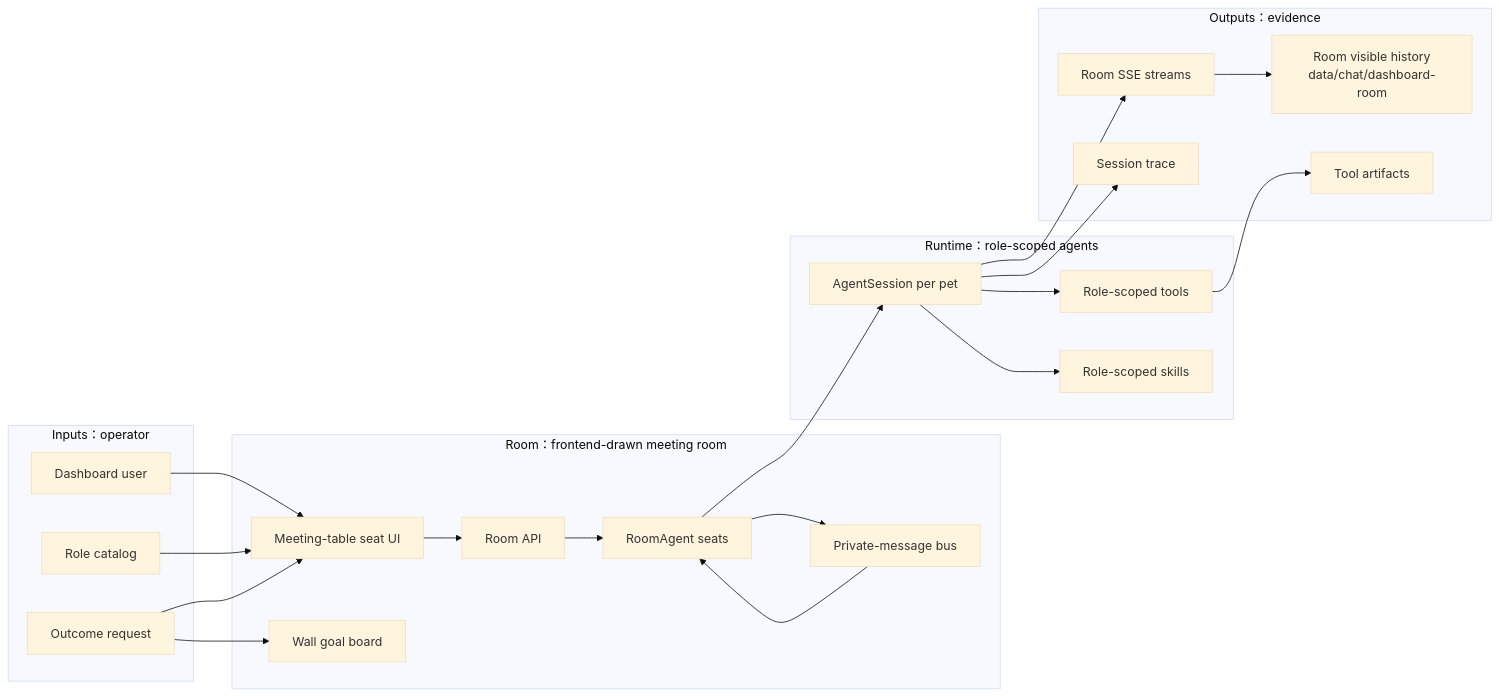
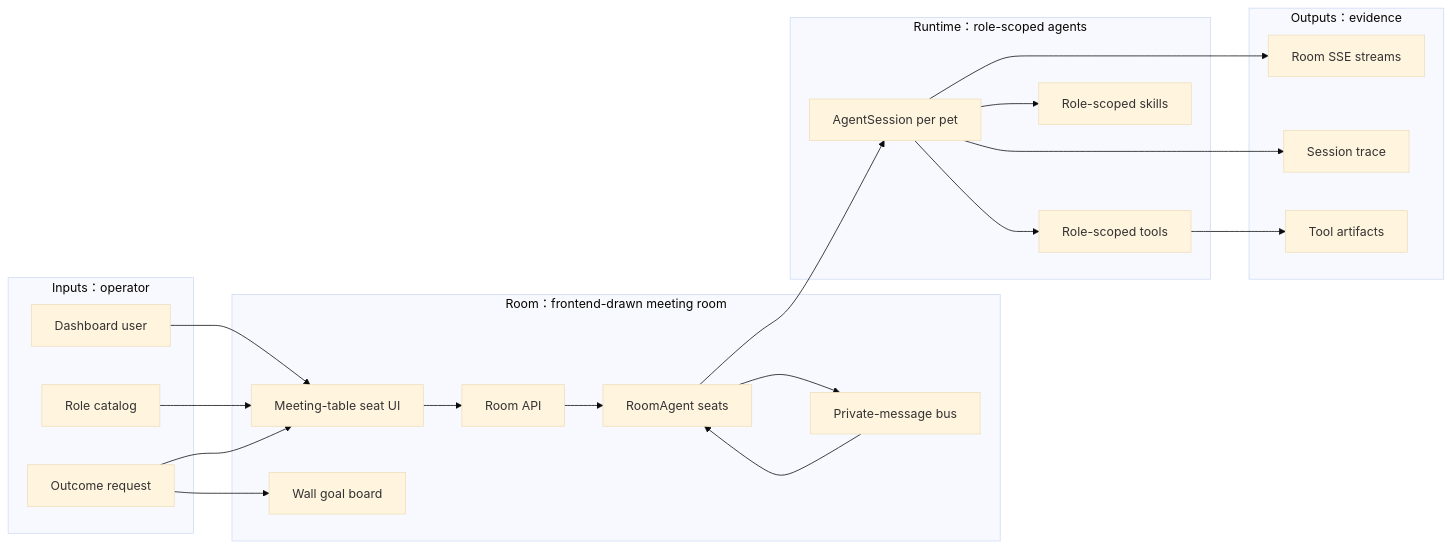
The first of 2 diagrams in dashboard/SPEC.md (fightheyyy/XiaoBa-CLI), drawn with Mermaid (base theme) before and after one commit. The commit also changed other lines of this file and 271 other files, not shown here.

````diff
--- a/dashboard/SPEC.md
+++ b/dashboard/SPEC.md
@@ -29,45 +29,43 @@
 ```mermaid
 flowchart LR
     subgraph Inputs["Inputs：operator"]
         Human["Dashboard user"]
         Roles["Role catalog"]
         Mission["Outcome request"]
     end
 
     subgraph Room["Room：frontend-drawn meeting room"]
         UI["Meeting-table seat UI"]
         GoalBoard["Wall goal board"]
         API["Room API"]
         Seats["RoomAgent seats"]
         PM["Private-message bus"]
     end
 
     subgraph Runtime["Runtime：role-scoped agents"]
         Sessions["AgentSession per pet"]
         Tools["Role-scoped tools"]
         Skills["Role-scoped skills"]
     end
 
     subgraph Outputs["Outputs：evidence"]
         SSE["Room SSE streams"]
-        VisibleHistory["Room visible history<br/>data/chat/dashboard-room"]
         Trace["Session trace"]
         Artifacts["Tool artifacts"]
     end
 
     Human --> UI
     Roles --> UI
     Mission --> UI
     Mission --> GoalBoard
     UI --> API
     API --> Seats
     Seats --> PM
     PM --> Seats
     Seats --> Sessions
     Sessions --> Tools
     Sessions --> Skills
     Sessions --> SSE
-    SSE --> VisibleHistory
     Tools --> Artifacts
     Sessions --> Trace
 ```
````
